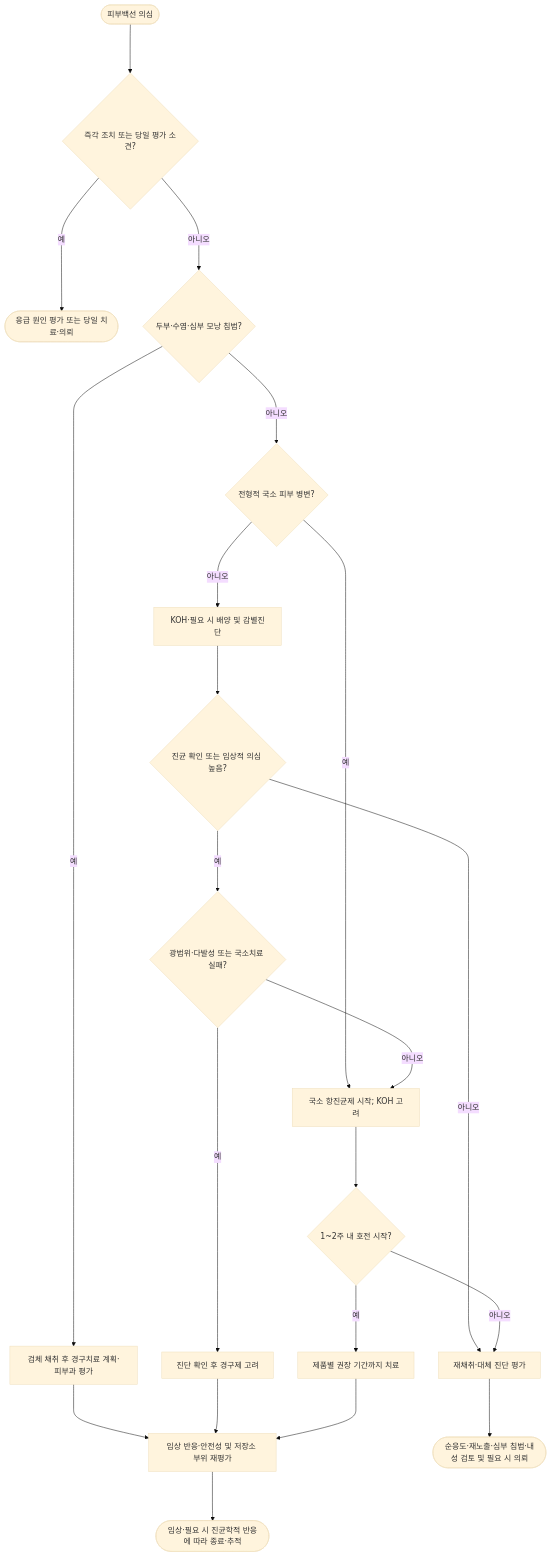
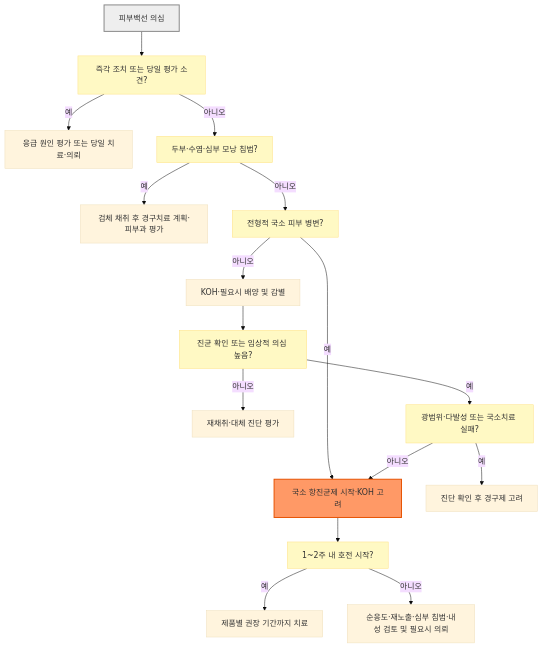
The diagram in 229_/172_-dermatophytosis-tinea.md (familyoh77/familyoh77), drawn with Mermaid (base theme) before and after one commit. The commit also changed other lines of this file and 9 other files, not shown here.

````diff
--- a/229_/172_-dermatophytosis-tinea.md
+++ b/229_/172_-dermatophytosis-tinea.md
@@ -153,23 +153,23 @@
 ```mermaid
-graph TD
-    A(["피부백선 의심"]) ---> B{"즉각 조치 또는 당일 평가 소견?"}
-    B -- 예 ---> C(["응급 원인 평가 또는 당일 치료·의뢰"])
-    B -- 아니오 ---> D{"두부·수염·심부 모낭 침범?"}
-    D -- 예 ---> E["검체 채취 후 경구치료 계획·피부과 평가"]
-    D -- 아니오 ---> F{"전형적 국소 피부 병변?"}
-    F -- 예 ---> G["국소 항진균제 시작; KOH 고려"]
-    F -- 아니오 ---> H["KOH·필요 시 배양 및 감별진단"]
-    H ---> I{"진균 확인 또는 임상적 의심 높음?"}
-    I -- 아니오 ---> J["재채취·대체 진단 평가"]
-    I -- 예 ---> K{"광범위·다발성 또는 국소치료 실패?"}
-    K -- 예 ---> L["진단 확인 후 경구제 고려"]
-    K -- 아니오 ---> G
-    E ---> M["임상 반응·안전성 및 저장소 부위 재평가"]
-    L ---> M
-    G ---> N{"1~2주 내 호전 시작?"}
-    N -- 예 ---> O["제품별 권장 기간까지 치료"]
-    N -- 아니오 ---> J
-    O ---> M
-    M ---> Q(["임상·필요 시 진균학적 반응에 따라 종료·추적"])
-    J ---> P(["순응도·재노출·심부 침범·내성 검토 및 필요 시 의뢰"])
+flowchart TD
+    A["피부백선 의심"] --> B["즉각 조치 또는 당일 평가 소견?"]
+    B -- "예" --> C["응급 원인 평가 또는 당일 치료·의뢰"]
+    B -- "아니오" --> D["두부·수염·심부 모낭 침범?"]
+    D -- "예" --> E["검체 채취 후 경구치료 계획·피부과 평가"]
+    D -- "아니오" --> F["전형적 국소 피부 병변?"]
+    F -- "예" --> G["국소 항진균제 시작·KOH 고려"]
+    F -- "아니오" --> H["KOH·필요시 배양 및 감별"]
+    H --> I["진균 확인 또는 임상적 의심 높음?"]
+    I -- "아니오" --> J["재채취·대체 진단 평가"]
+    I -- "예" --> K["광범위·다발성 또는 국소치료 실패?"]
+    K -- "예" --> L["진단 확인 후 경구제 고려"]
+    K -- "아니오" --> G
+    G --> N["1~2주 내 호전 시작?"]
+    N -- "예" --> O["제품별 권장 기간까지 치료"]
+    N -- "아니오" --> P["순응도·재노출·심부 침범·내성 검토 및 필요시 의뢰"]
+
+    classDef question fill:#fff9c4,stroke:#ffe082
+    class B,D,F,I,K,N question
+    style A fill:#eeeeee,stroke:#888888,stroke-width:2px
+    style G fill:#f96,stroke:#e65100,stroke-width:2px
 ```
````
